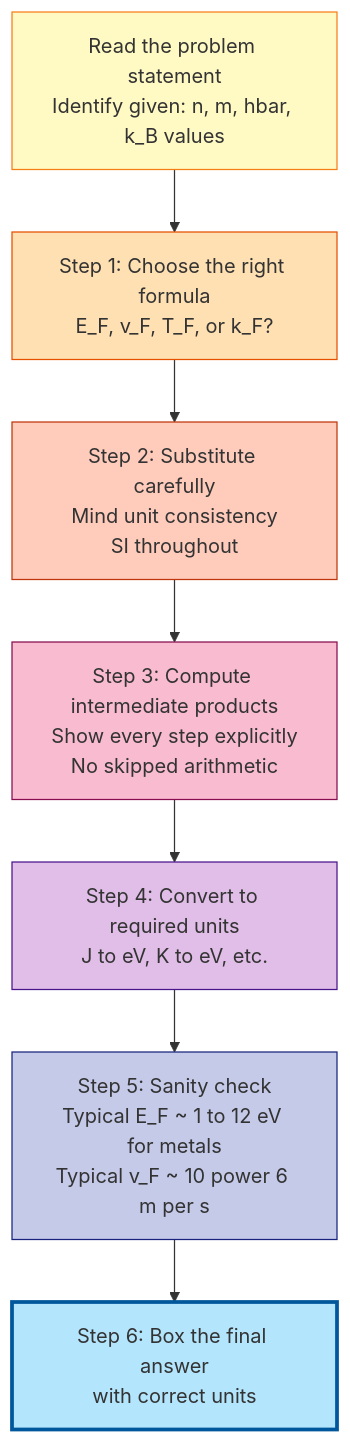
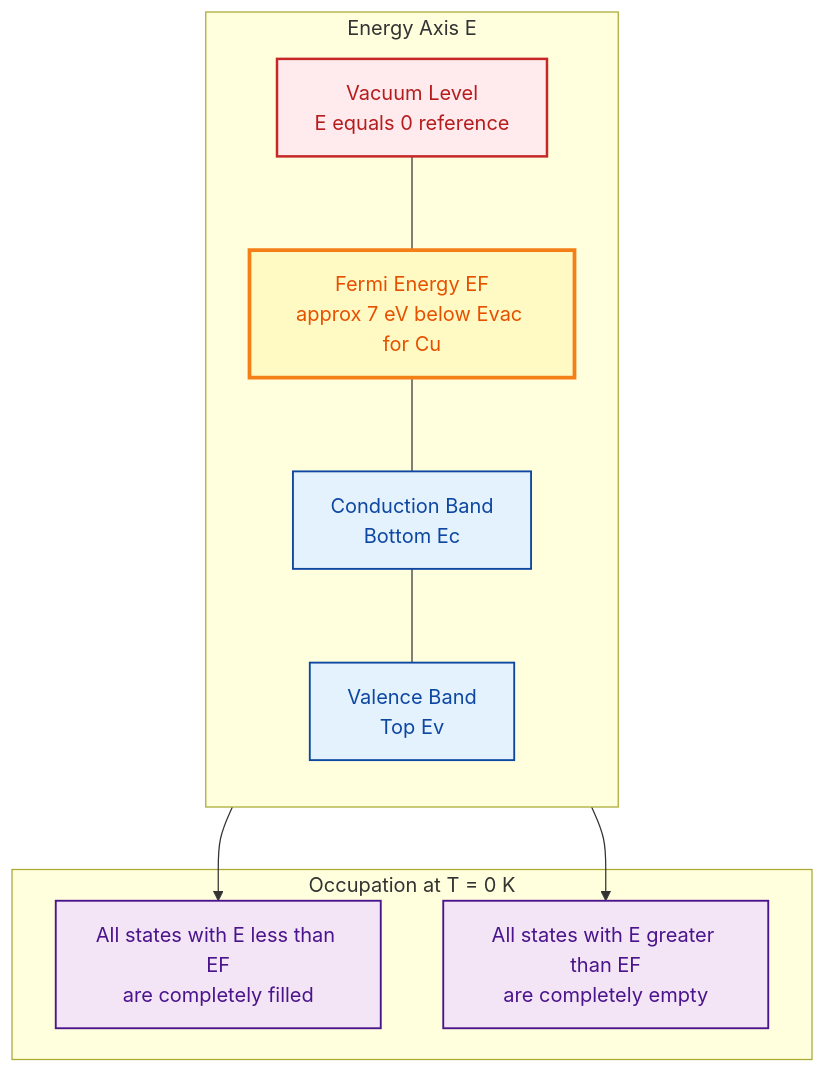
Before and after one commit to vishnuu-kr/ktunode: the third of 4 diagrams in public/notes/computer-science-and-engineering/semester-1/gapht121-physics-for-information-science/01-module-1-electrical-conductivity/fermi-energy/notes.md, drawn with Mermaid. The commit also changed other lines of this file and 4829 other files, not shown here.

````diff
--- a/public/notes/computer-science-and-engineering/semester-1/gapht121-physics-for-information-science/01-module-1-electrical-conductivity/fermi-energy/notes.md
+++ b/public/notes/computer-science-and-engineering/semester-1/gapht121-physics-for-information-science/01-module-1-electrical-conductivity/fermi-energy/notes.md
@@ -525,18 +403,27 @@
 ```mermaid
-flowchart TD
-    S0["Read the problem statement<br/>Identify given: n, m, hbar, k_B values"]
-    S0 --> S1["Step 1: Choose the right formula<br/>E_F, v_F, T_F, or k_F?"]
-    S1 --> S2["Step 2: Substitute carefully<br/>Mind unit consistency<br/>SI throughout"]
-    S2 --> S3["Step 3: Compute intermediate products<br/>Show every step explicitly<br/>No skipped arithmetic"]
-    S3 --> S4["Step 4: Convert to required units<br/>J to eV, K to eV, etc."]
-    S4 --> S5["Step 5: Sanity check<br/>Typical E_F ~ 1 to 12 eV for metals<br/>Typical v_F ~ 10 power 6 m per s"]
-    S5 --> S6["Step 6: Box the final answer<br/>with correct units"]
+flowchart TB
+    subgraph E0["Energy Axis E"]
+        direction TB
+        EVAC["Vacuum Level<br/>E equals 0 reference"]:::vac
+        EF["Fermi Energy EF<br/>approx 7 eV below Evac for Cu"]:::fermi
+        ECB["Conduction Band<br/>Bottom Ec"]:::band
+        EVB["Valence Band<br/>Top Ev"]:::band
+    end
 
-    style S0 fill:#fff9c4,stroke:#f57f17
-    style S1 fill:#ffe0b2,stroke:#e65100
-    style S2 fill:#ffccbc,stroke:#bf360c
-    style S3 fill:#f8bbd0,stroke:#880e4f
-    style S4 fill:#e1bee7,stroke:#4a148c
-    style S5 fill:#c5cae9,stroke:#1a237e
-    style S6 fill:#b3e5fc,stroke:#01579b,stroke-width:3px
+    EVAC --- EF
+    EF --- ECB
+    ECB --- EVB
+
+    subgraph T0["Occupation at T = 0 K"]
+        FILL["All states with E less than EF<br/>are completely filled"]:::occ
+        EMPTY["All states with E greater than EF<br/>are completely empty"]:::occ
+    end
+
+    EF --> FILL
+    EF --> EMPTY
+
+    classDef vac    fill:#ffebee,stroke:#c62828,stroke-width:2px,color:#b71c1c
+    classDef fermi  fill:#fff9c4,stroke:#f57f17,stroke-width:3px,color:#e65100
+    classDef band   fill:#e3f2fd,stroke:#0d47a1,stroke-width:1.5px,color:#0d47a1
+    classDef occ    fill:#f3e5f5,stroke:#4a148c,stroke-width:1.5px,color:#4a148c
 ```
````
